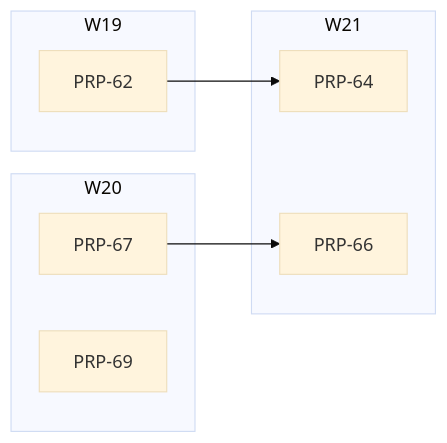
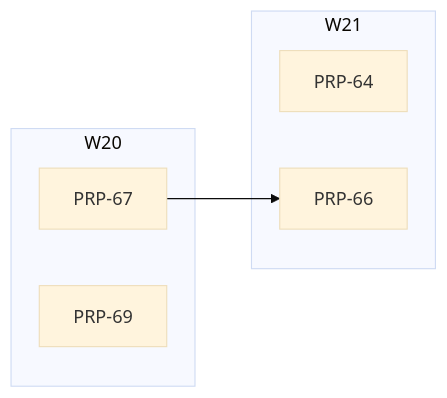
One commit to fgarofalo56/neurosphere changed the diagram in PRPs/EXECUTION-PLAN.md. Above: the diagram before and after it, drawn with Mermaid (base theme). The commit also changed other lines of this file and 34 other files, not shown here.

````diff
--- a/PRPs/EXECUTION-PLAN.md
+++ b/PRPs/EXECUTION-PLAN.md
@@ -83,16 +75,12 @@
 ```mermaid
 flowchart LR
-  subgraph W19
-    P62["PRP-62"]
-  end
   subgraph W20
     P67["PRP-67"]
     P69["PRP-69"]
   end
   subgraph W21
     P64["PRP-64"]
     P66["PRP-66"]
   end
-  P62 --> P64
   P67 --> P66
 ```
````
